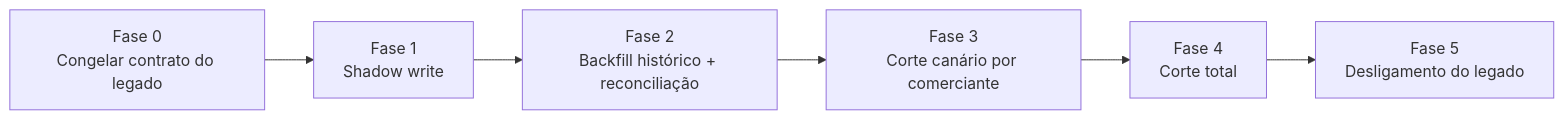
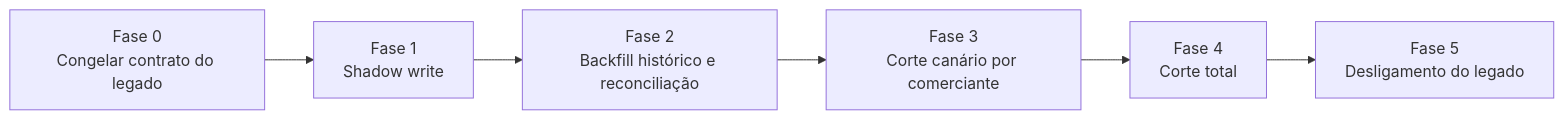
One commit to higordiego/keyrus changed the fourth of 5 diagrams in docs/legado-e-arquitetura.md. Above: the diagram before and after it, drawn with Mermaid. The commit also changed other lines of this file and 10 other files, not shown here.

First line of the commit message:
docs: reduce docs/ to the legacy/architecture doc and the cost estimate

````diff
--- a/docs/legado-e-arquitetura.md
+++ b/docs/legado-e-arquitetura.md
@@ -154,8 +159,8 @@
 ```mermaid
 flowchart LR
     F0[Fase 0\nCongelar contrato do legado] --> F1[Fase 1\nShadow write]
-    F1 --> F2[Fase 2\nBackfill histórico + reconciliação]
+    F1 --> F2[Fase 2\nBackfill histórico e reconciliação]
     F2 --> F3[Fase 3\nCorte canário por comerciante]
     F3 --> F4[Fase 4\nCorte total]
     F4 --> F5[Fase 5\nDesligamento do legado]
 ```
````
